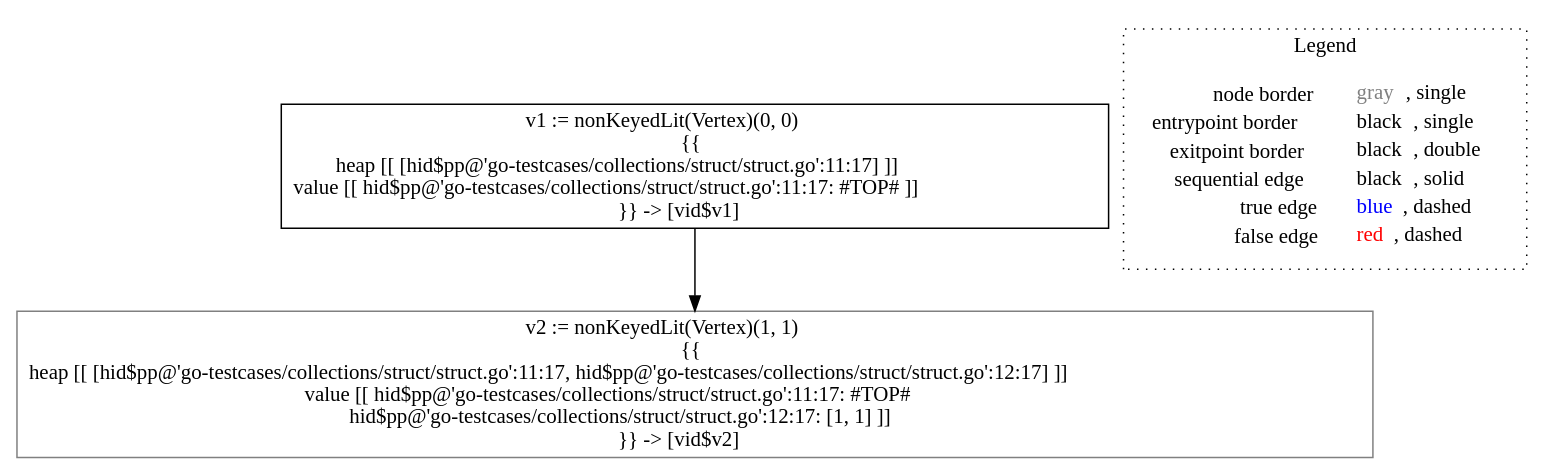
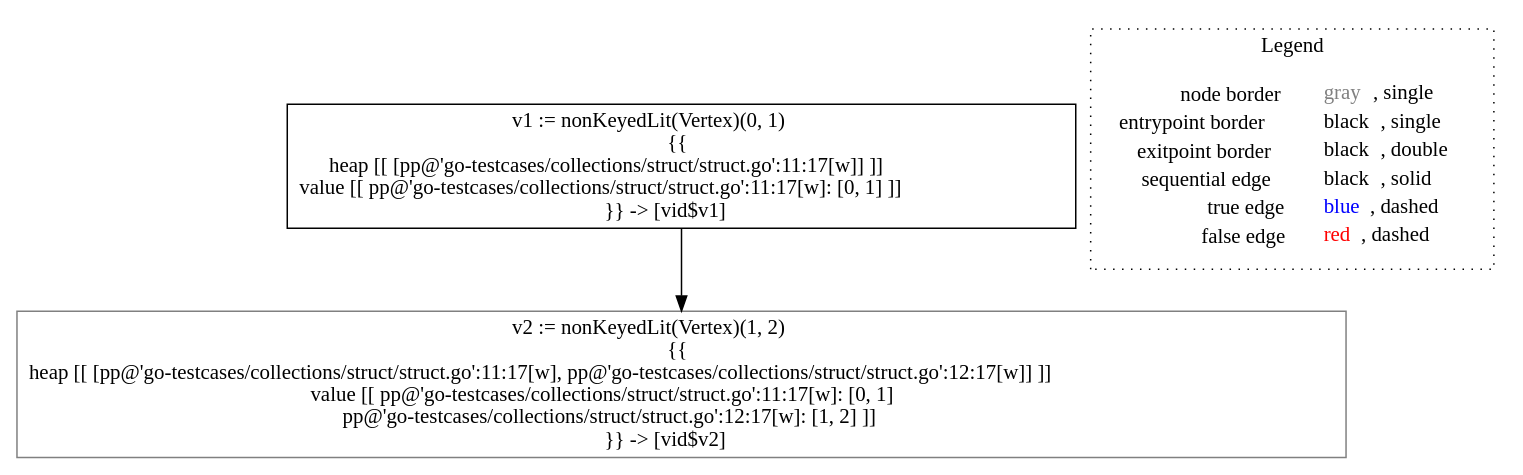
Before and after one commit to lisa-analyzer/go-lisa: the diagram in go-lisa/go-testcases/collections/struct/analysis___untyped_~LiSAProgram.allocs().dot, drawn with Graphviz. The commit also changed 21 other files, not shown here.

```diff
--- a/go-lisa/go-testcases/collections/struct/analysis___untyped_~LiSAProgram.allocs().dot
+++ b/go-lisa/go-testcases/collections/struct/analysis___untyped_~LiSAProgram.allocs().dot
@@ -1,12 +1,12 @@
 digraph {
-	"node0" [shape="rect",color="black",label=<v1 := nonKeyedLit(Vertex)(0, 0)<BR/>{{<BR/>heap [[ [hid$pp@'go-testcases/collections/struct/struct.go':11:17] ]]<BR/>value [[ hid$pp@'go-testcases/collections/struct/struct.go':11:17: #TOP# ]]<BR/>}} -&gt; [vid$v1]>];
-	"node1" [shape="rect",color="gray",label=<v2 := nonKeyedLit(Vertex)(1, 1)<BR/>{{<BR/>heap [[ [hid$pp@'go-testcases/collections/struct/struct.go':11:17, hid$pp@'go-testcases/collections/struct/struct.go':12:17] ]]<BR/>value [[ hid$pp@'go-testcases/collections/struct/struct.go':11:17: #TOP#<BR/>hid$pp@'go-testcases/collections/struct/struct.go':12:17: [1, 1] ]]<BR/>}} -&gt; [vid$v2]>];
+	"node0" [shape="rect",color="black",label=<v1 := nonKeyedLit(Vertex)(0, 1)<BR/>{{<BR/>heap [[ [pp@'go-testcases/collections/struct/struct.go':11:17[w]] ]]<BR/>value [[ pp@'go-testcases/collections/struct/struct.go':11:17[w]: [0, 1] ]]<BR/>}} -&gt; [vid$v1]>];
+	"node1" [shape="rect",color="gray",label=<v2 := nonKeyedLit(Vertex)(1, 2)<BR/>{{<BR/>heap [[ [pp@'go-testcases/collections/struct/struct.go':11:17[w], pp@'go-testcases/collections/struct/struct.go':12:17[w]] ]]<BR/>value [[ pp@'go-testcases/collections/struct/struct.go':11:17[w]: [0, 1]<BR/>pp@'go-testcases/collections/struct/struct.go':12:17[w]: [1, 2] ]]<BR/>}} -&gt; [vid$v2]>];
 	"node0" -> "node1" [color="black"];
 subgraph cluster_legend {
 	label="Legend";
 	style=dotted;
 	node [shape=plaintext];
 	"legend" [label=<<table border="0" cellpadding="2" cellspacing="0" cellborder="0"><tr><td align="right">node border&nbsp;</td><td align="left"><font color="gray">gray</font>, single</td></tr><tr><td align="right">entrypoint border&nbsp;</td><td align="left"><font color="black">black</font>, single</td></tr><tr><td align="right">exitpoint border&nbsp;</td><td align="left"><font color="black">black</font>, double</td></tr><tr><td align="right">sequential edge&nbsp;</td><td align="left"><font color="black">black</font>, solid</td></tr><tr><td align="right">true edge&nbsp;</td><td align="left"><font color="blue">blue</font>, dashed</td></tr><tr><td align="right">false edge&nbsp;</td><td align="left"><font color="red">red</font>, dashed</td></tr></table>>];
 }
 
 }
```
